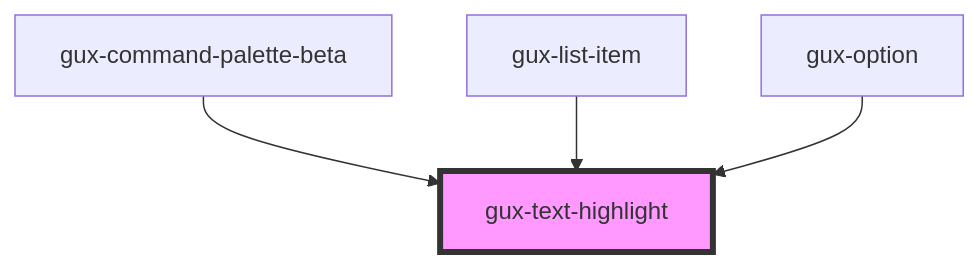
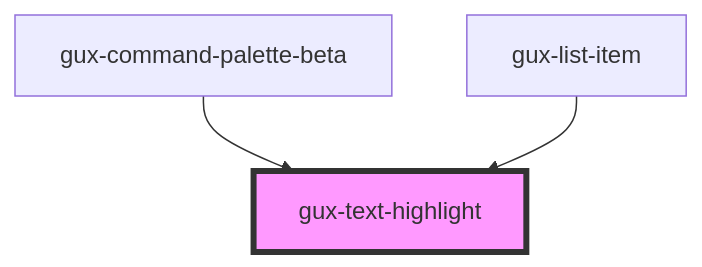
Before and after one commit to MyPureCloud/genesys-spark: the diagram in src/components/stable/gux-text-highlight/readme.md, drawn with Mermaid. The commit also changed other lines of this file and 3 other files, not shown here.

````diff
--- a/src/components/stable/gux-text-highlight/readme.md
+++ b/src/components/stable/gux-text-highlight/readme.md
@@ -26,7 +25,6 @@
 ```mermaid
 graph TD;
   gux-command-palette-beta --> gux-text-highlight
   gux-list-item --> gux-text-highlight
-  gux-option --> gux-text-highlight
   style gux-text-highlight fill:#f9f,stroke:#333,stroke-width:4px
 ```
````
